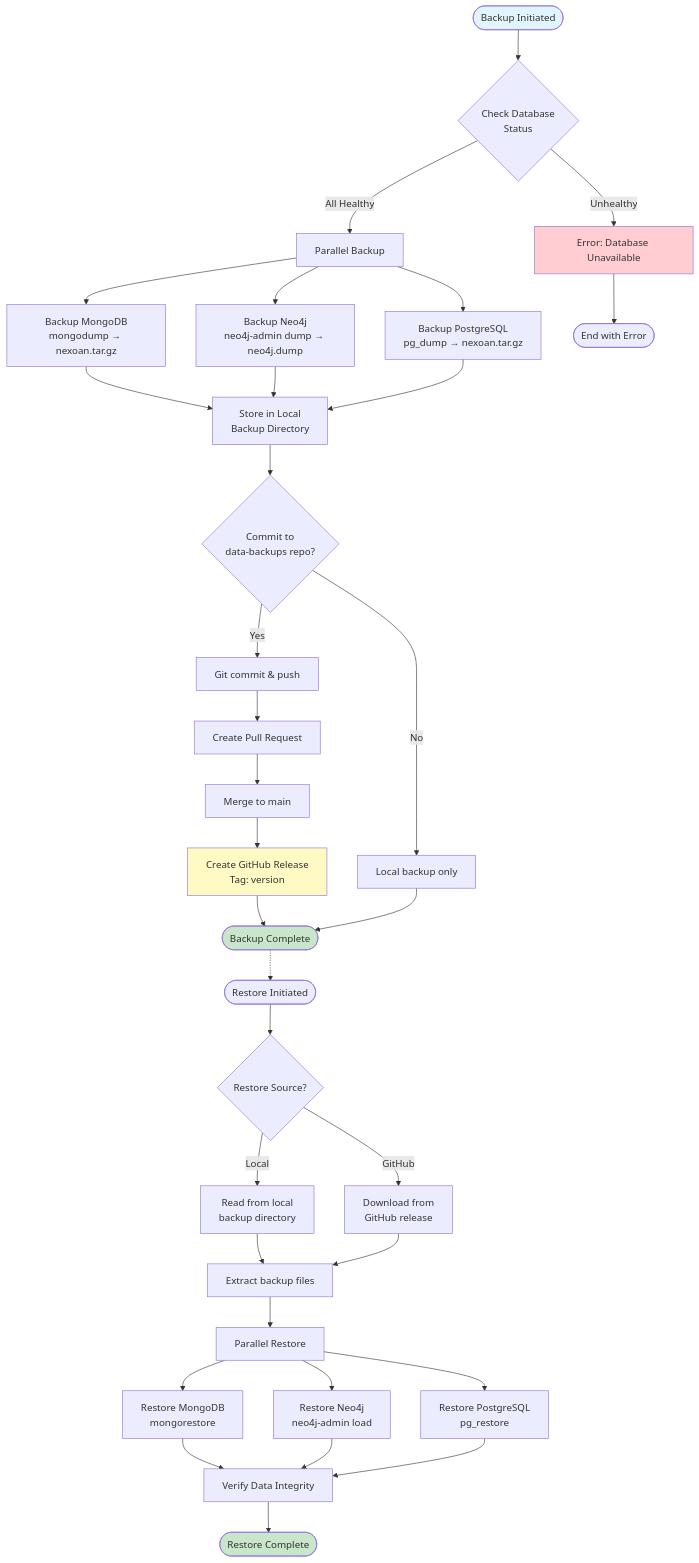
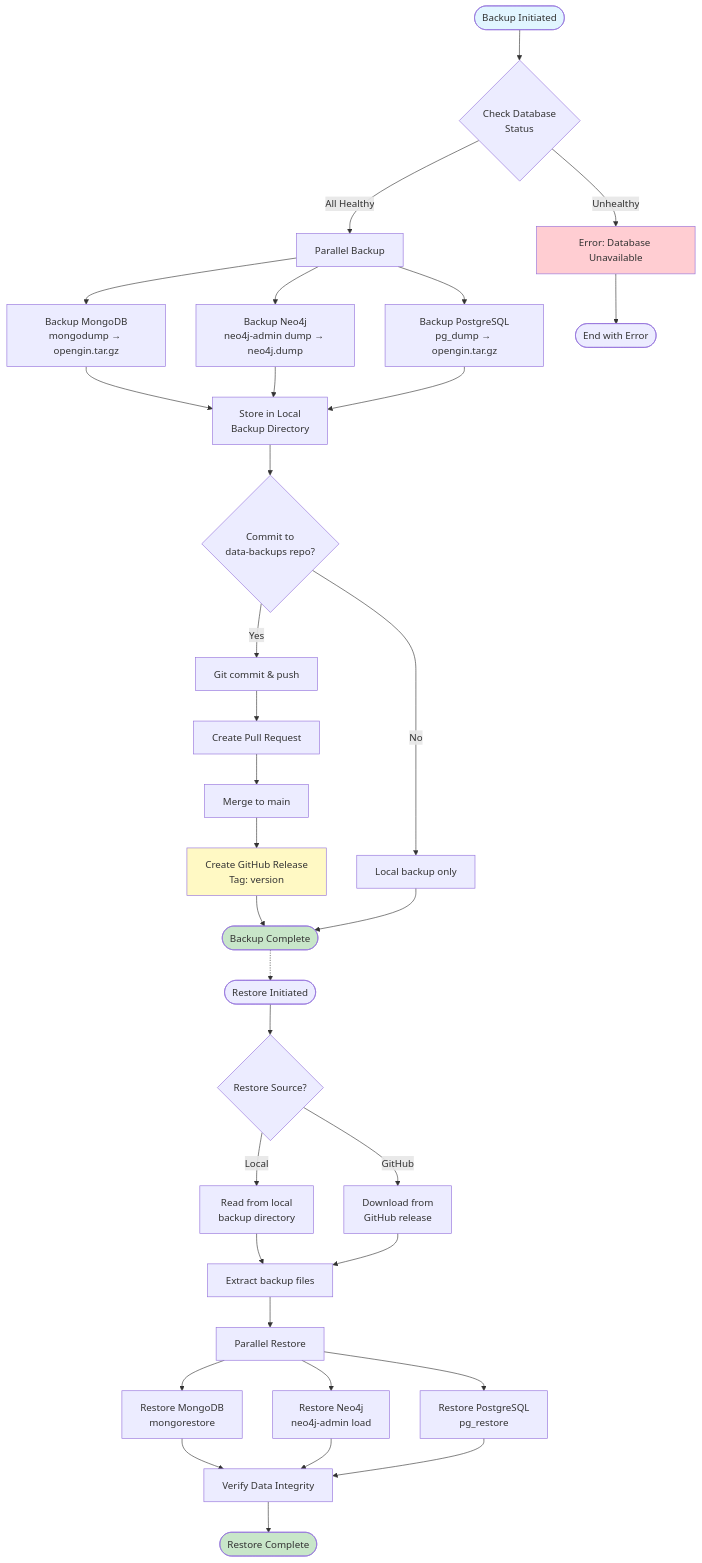
The ninth of 10 diagrams in docs/architecture/diagrams.md (LDFLK/nexoan), drawn with Mermaid before and after one commit. The commit also changed other lines of this file and 172 other files, not shown here.

Commit message:
Refactor nexoan to opengin

````diff
--- a/docs/architecture/diagrams.md
+++ b/docs/architecture/diagrams.md
@@ -483,57 +483,57 @@
 ```mermaid
 flowchart TD
     Start([Backup Initiated]) --> CheckDatabases{Check Database<br/>Status}
     
     CheckDatabases -->|All Healthy| Parallel[Parallel Backup]
     CheckDatabases -->|Unhealthy| Error1[Error: Database Unavailable]
     
-    Parallel --> BackupMongo[Backup MongoDB<br/>mongodump → nexoan.tar.gz]
+    Parallel --> BackupMongo[Backup MongoDB<br/>mongodump → opengin.tar.gz]
     Parallel --> BackupNeo4j[Backup Neo4j<br/>neo4j-admin dump → neo4j.dump]
-    Parallel --> BackupPostgres[Backup PostgreSQL<br/>pg_dump → nexoan.tar.gz]
+    Parallel --> BackupPostgres[Backup PostgreSQL<br/>pg_dump → opengin.tar.gz]
     
     BackupMongo --> LocalStore[Store in Local<br/>Backup Directory]
     BackupNeo4j --> LocalStore
     BackupPostgres --> LocalStore
     
     LocalStore --> CommitGit{Commit to<br/>data-backups repo?}
     
     CommitGit -->|Yes| GitCommit[Git commit & push]
     CommitGit -->|No| LocalOnly[Local backup only]
     
     GitCommit --> CreatePR[Create Pull Request]
     CreatePR --> PRMerge[Merge to main]
     PRMerge --> CreateRelease[Create GitHub Release<br/>Tag: version]
     
     CreateRelease --> Complete([Backup Complete])
     LocalOnly --> Complete
     
     Complete -.-> RestoreStart([Restore Initiated])
     
     RestoreStart --> RestoreSource{Restore Source?}
     
     RestoreSource -->|Local| LocalRestore[Read from local<br/>backup directory]
     RestoreSource -->|GitHub| DownloadRelease[Download from<br/>GitHub release]
     
     LocalRestore --> ExtractFiles[Extract backup files]
     DownloadRelease --> ExtractFiles
     
     ExtractFiles --> ParallelRestore[Parallel Restore]
     
     ParallelRestore --> RestoreMongo[Restore MongoDB<br/>mongorestore]
     ParallelRestore --> RestoreNeo4j[Restore Neo4j<br/>neo4j-admin load]
     ParallelRestore --> RestorePostgres[Restore PostgreSQL<br/>pg_restore]
     
     RestoreMongo --> Verify[Verify Data Integrity]
     RestoreNeo4j --> Verify
     RestorePostgres --> Verify
     
     Verify --> RestoreComplete([Restore Complete])
     
     Error1 --> End([End with Error])
     
     style Start fill:#e1f5ff
     style Complete fill:#c8e6c9
     style RestoreComplete fill:#c8e6c9
     style Error1 fill:#ffcdd2
     style CreateRelease fill:#fff9c4
 ```
````
